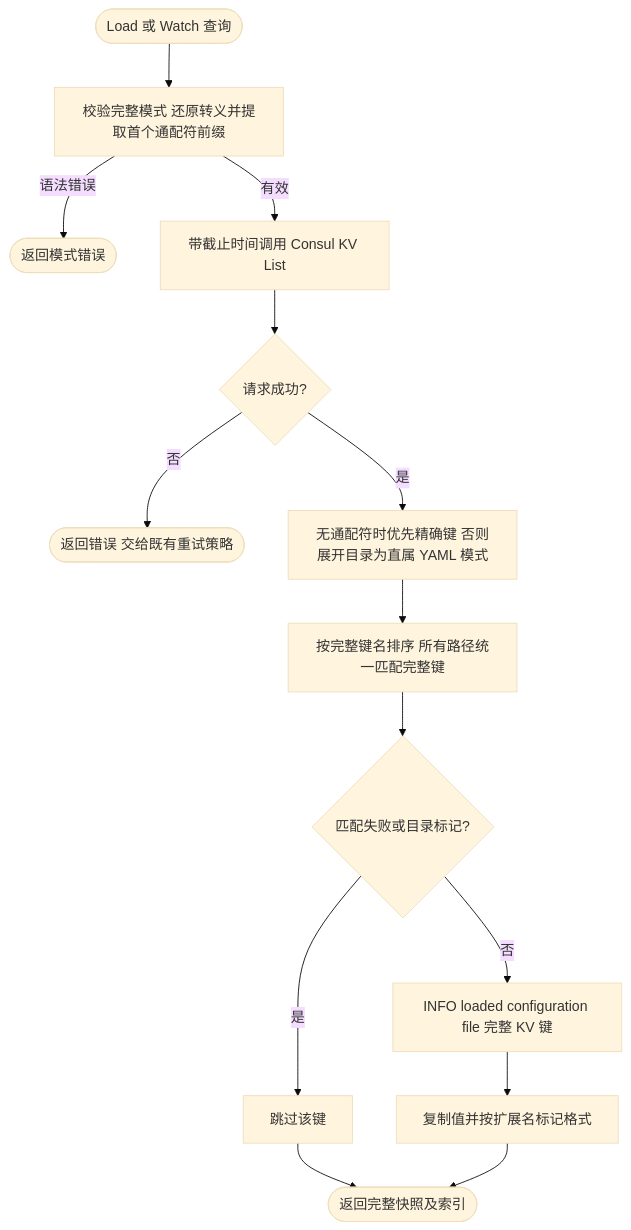
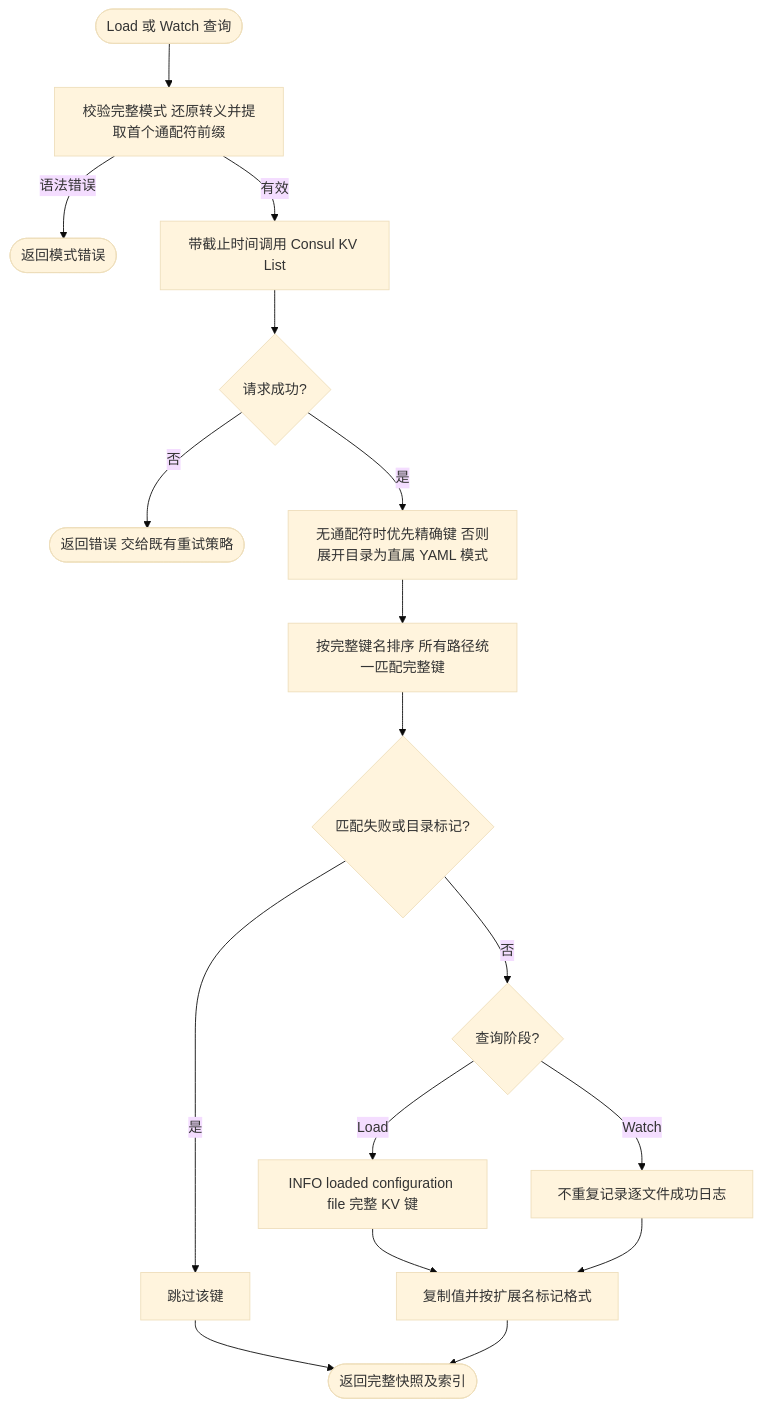
One commit to jaggerzhuang1994/kratos-foundation changed the second of 2 diagrams in contrib/config/consul/README.md. Above: the diagram before and after it, drawn with Mermaid (base theme). The commit also changed other lines of this file and 9 other files, not shown here.

````diff
--- a/contrib/config/consul/README.md
+++ b/contrib/config/consul/README.md
@@ -97,16 +97,18 @@
 ```mermaid
 flowchart TD
     A([Load 或 Watch 查询]) --> P[校验完整模式 还原转义并提取首个通配符前缀]
     P -- 语法错误 --> D0([返回模式错误])
     P -- 有效 --> B[带截止时间调用 Consul KV List]
     B --> C{请求成功?}
     C -- 否 --> D([返回错误 交给既有重试策略])
     C -- 是 --> R[无通配符时优先精确键 否则展开目录为直属 YAML 模式]
     R --> E[按完整键名排序 所有路径统一匹配完整键]
     E --> D2{匹配失败或目录标记?}
     D2 -- 是 --> S[跳过该键]
-    D2 -- 否 --> DL[INFO loaded configuration file 完整 KV 键]
-    DL --> F[复制值并按扩展名标记格式]
+    D2 -- 否 --> Q{查询阶段?}
+    Q -- Load --> LI[INFO loaded configuration file 完整 KV 键]
+    Q -- Watch --> WI[不重复记录逐文件成功日志]
+    LI & WI --> F[复制值并按扩展名标记格式]
     S --> G
     F --> G([返回完整快照及索引])
 ```
````
